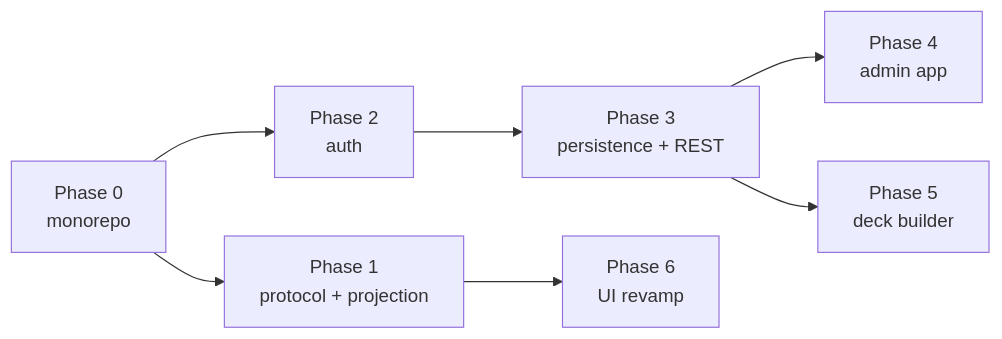
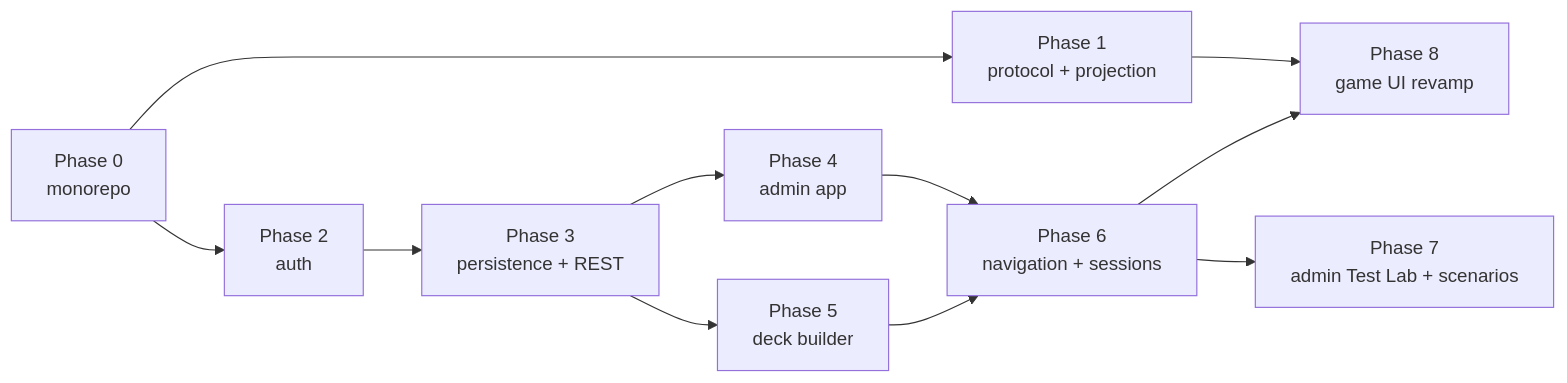
One commit to sschan39/card-game changed the second of 2 diagrams in docs/platform-plan-2026-10-24.md. Above: the diagram before and after it, drawn with Mermaid. The commit also changed other lines of this file and 6 other files, not shown here.

Commit message:
docs: plan navigation integration and admin test lab milestones

````diff
--- a/docs/platform-plan-2026-10-24.md
+++ b/docs/platform-plan-2026-10-24.md
@@ -187,9 +194,13 @@
 ```mermaid
 flowchart LR
     P0[Phase 0<br/>monorepo] --> P1[Phase 1<br/>protocol + projection]
     P0 --> P2[Phase 2<br/>auth]
     P2 --> P3[Phase 3<br/>persistence + REST]
     P3 --> P4[Phase 4<br/>admin app]
     P3 --> P5[Phase 5<br/>deck builder]
-    P1 --> P6[Phase 6<br/>UI revamp]
+    P4 --> P6[Phase 6<br/>navigation + sessions]
+    P5 --> P6
+    P6 --> P7[Phase 7<br/>admin Test Lab + scenarios]
+    P1 --> P8[Phase 8<br/>game UI revamp]
+    P6 --> P8
 ```
````
